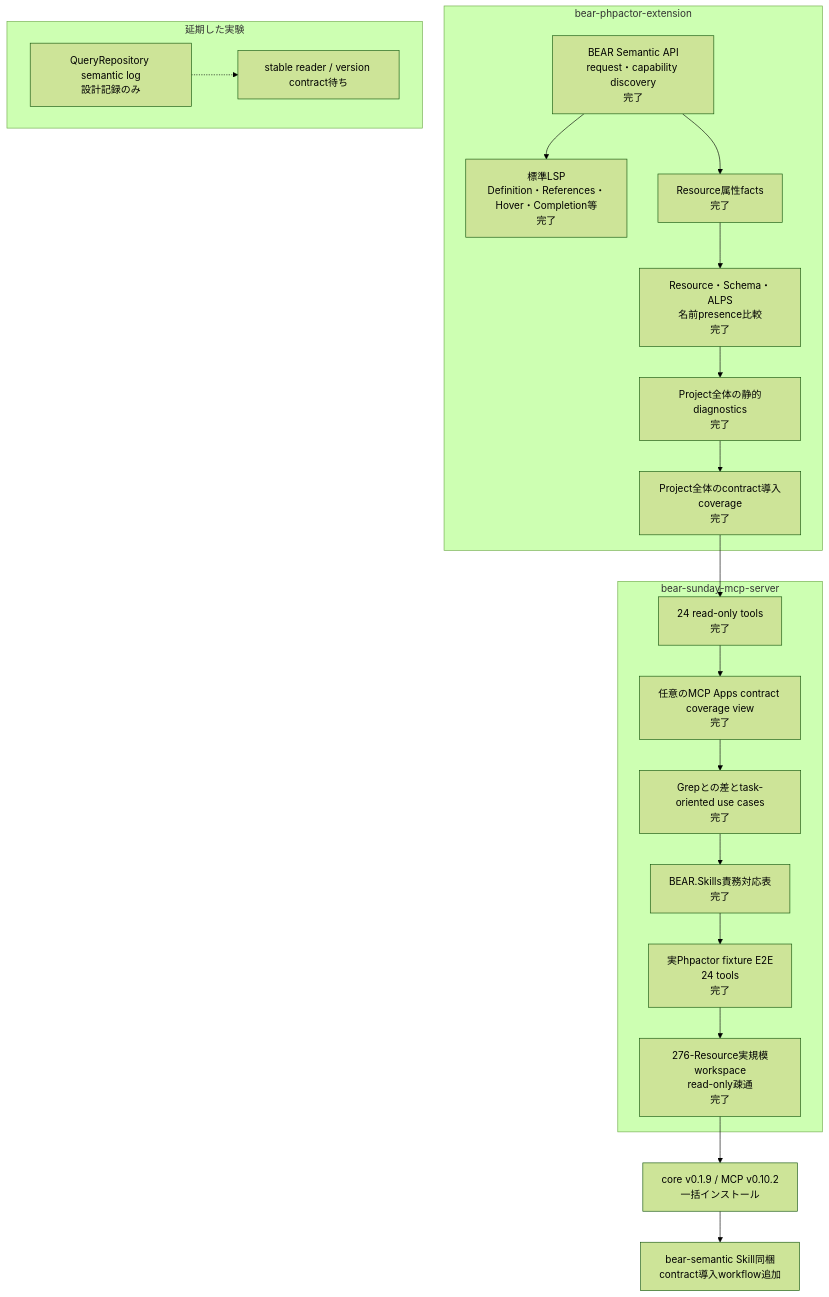
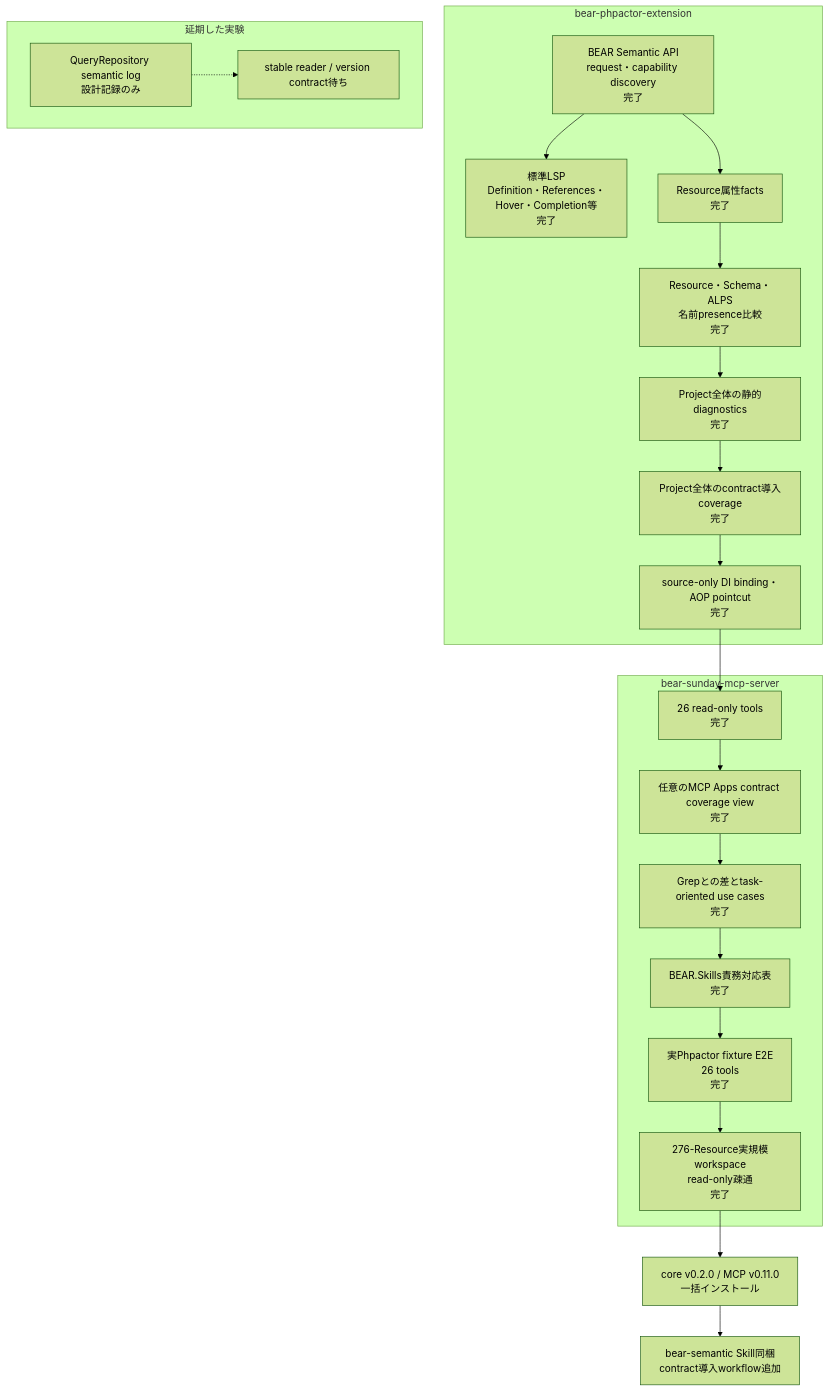
Before and after one commit to suzumaze/bear-sunday-mcp-server: the diagram in docs/project-status.ja.md, drawn with Mermaid (forest theme). The commit also changed other lines of this file and 24 other files, not shown here.

````diff
--- a/docs/project-status.ja.md
+++ b/docs/project-status.ja.md
@@ -8,34 +8,35 @@
 ```mermaid
 flowchart TB
     subgraph Core["bear-phpactor-extension"]
         C1["BEAR Semantic API<br/>request・capability discovery<br/>完了"]
         C2["標準LSP<br/>Definition・References・Hover・Completion等<br/>完了"]
         C3["Resource属性facts<br/>完了"]
         C4["Resource・Schema・ALPS<br/>名前presence比較<br/>完了"]
         C5["Project全体の静的diagnostics<br/>完了"]
         C6["Project全体のcontract導入coverage<br/>完了"]
+        C7["source-only DI binding・AOP pointcut<br/>完了"]
         C1 --> C2
-        C1 --> C3 --> C4 --> C5 --> C6
+        C1 --> C3 --> C4 --> C5 --> C6 --> C7
     end
 
     subgraph MCP["bear-sunday-mcp-server"]
-        M1["24 read-only tools<br/>完了"]
+        M1["26 read-only tools<br/>完了"]
         M0["任意のMCP Apps contract coverage view<br/>完了"]
         M2["Grepとの差とtask-oriented use cases<br/>完了"]
         M3["BEAR.Skills責務対応表<br/>完了"]
-        M4["実Phpactor fixture E2E<br/>24 tools<br/>完了"]
+        M4["実Phpactor fixture E2E<br/>26 tools<br/>完了"]
         M5["276-Resource実規模workspace<br/>read-only疎通<br/>完了"]
         M1 --> M0 --> M2 --> M3 --> M4 --> M5
     end
 
-    C6 --> M1
+    C7 --> M1
 
     subgraph Deferred["延期した実験"]
         D1["QueryRepository semantic log<br/>設計記録のみ"]
         D2["stable reader / version contract待ち"]
         D1 -.-> D2
     end
 
-    M5 --> R1["core v0.1.9 / MCP v0.10.2<br/>一括インストール"]
+    M5 --> R1["core v0.2.0 / MCP v0.11.0<br/>一括インストール"]
     R1 --> S1["bear-semantic Skill同梱<br/>contract導入workflow追加"]
 ```
````
